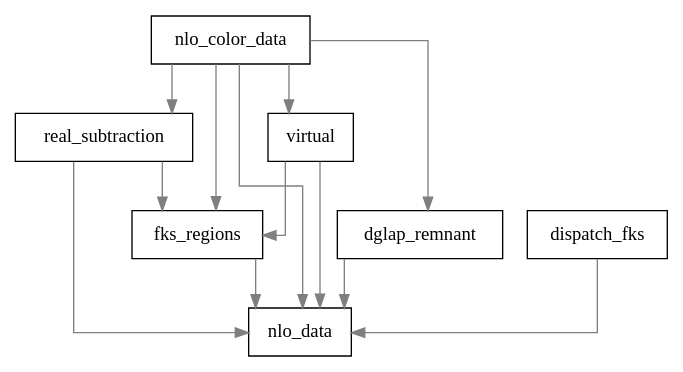
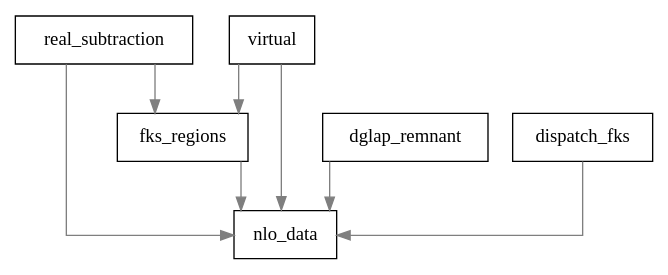
The diagram in share/doc/fks.dot (bendavid/whizard), drawn with Graphviz before and after one commit. The commit also changed 1112 other files, not shown here.

```diff
--- a/share/doc/fks.dot
+++ b/share/doc/fks.dot
@@ -1,19 +1,14 @@
 
 digraph G {
 concentrate=true
 splines=ortho
 node[shape=record,style=filled,fillcolor=white]
 edge[color=gray50]
-nlo_color_data -> nlo_data
-nlo_color_data -> real_subtraction
-nlo_color_data -> fks_regions
 real_subtraction -> nlo_data
 fks_regions -> nlo_data
 dglap_remnant -> nlo_data
-nlo_color_data -> virtual
-nlo_color_data -> dglap_remnant
 virtual -> fks_regions
 real_subtraction -> fks_regions
 dispatch_fks -> nlo_data
 virtual -> nlo_data
  }
```
